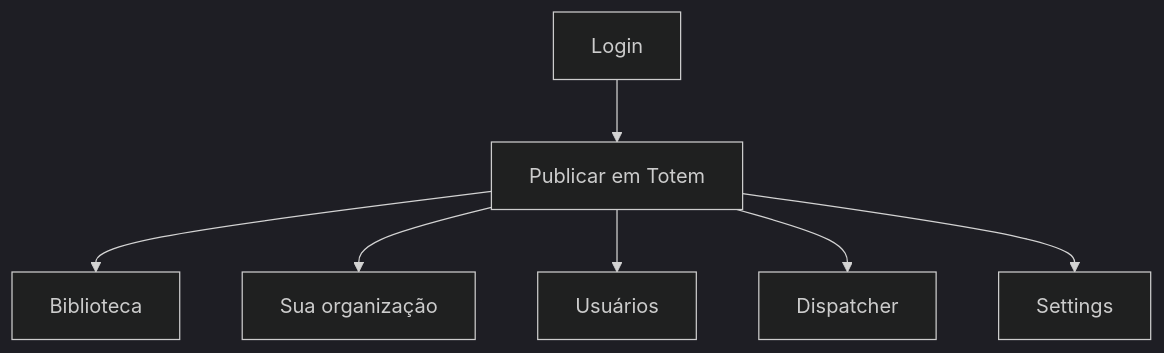
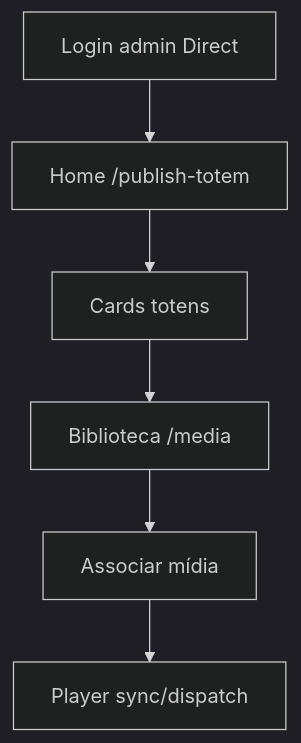
Before and after one commit to Julio-Eyras/TotemDigital-Studio-A.i: the diagram in docs/modulos/direct-totem-mode/MODULO.md, drawn with Mermaid (dark theme). The commit also changed other lines of this file and 47 other files, not shown here.

````diff
--- a/docs/modulos/direct-totem-mode/MODULO.md
+++ b/docs/modulos/direct-totem-mode/MODULO.md
@@ -62,9 +126,8 @@
 ```mermaid
 flowchart TD
-  Login --> Home[Publicar em Totem]
-  Home --> Midia[Biblioteca]
-  Home --> Org[Sua organização]
-  Home --> Users[Usuários]
-  Home --> Disp[Dispatcher]
-  Home --> Settings
+  A[Login admin Direct] --> B[Home /publish-totem]
+  B --> C[Cards totens]
+  C --> D[Biblioteca /media]
+  D --> E[Associar mídia]
+  E --> F[Player sync/dispatch]
 ```
````
